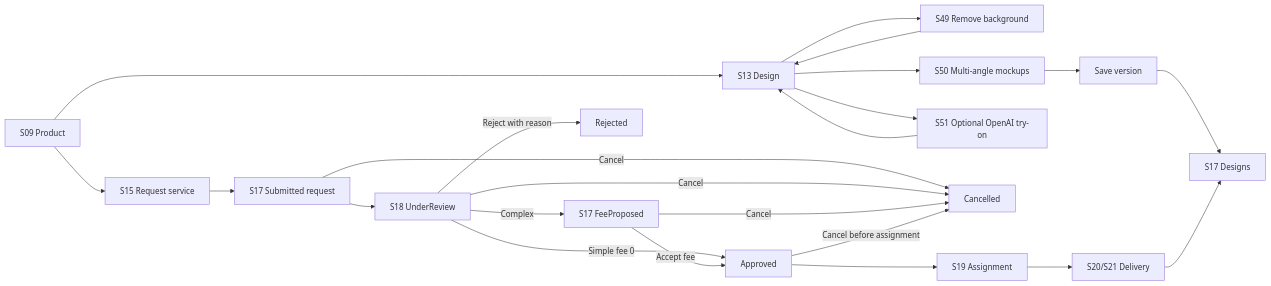
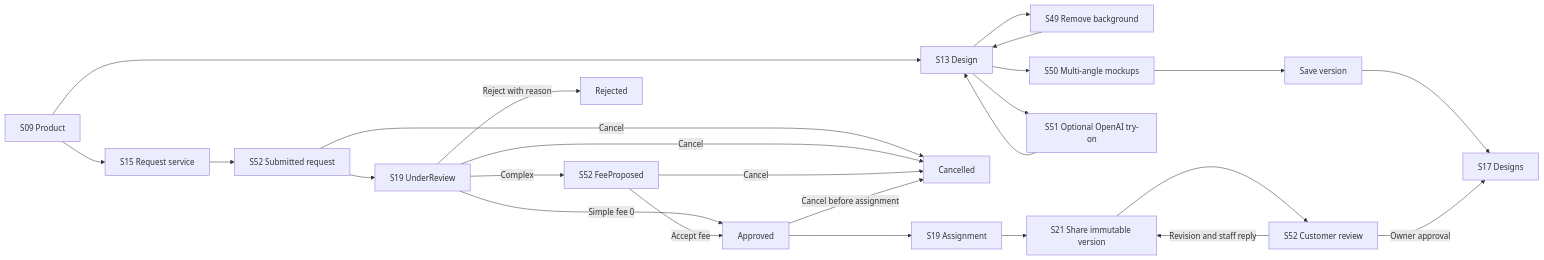
The first of 4 diagrams in docs/spec/specs/spec-MFG-05.md (ankhanhwork/weavelink-project), drawn with Mermaid before and after one commit. The commit also changed other lines of this file and 25 other files, not shown here.

````diff
--- a/docs/spec/specs/spec-MFG-05.md
+++ b/docs/spec/specs/spec-MFG-05.md
@@ -85,25 +87,27 @@
 ```mermaid
 flowchart LR
   Product[S09 Product] --> Workspace[S13 Design]
   Workspace --> Remove[S49 Remove background]
   Remove --> Workspace
   Workspace --> Preview[S50 Multi-angle mockups]
   Workspace --> TryOn[S51 Optional OpenAI try-on]
   TryOn --> Workspace
   Preview --> Save[Save version]
   Save --> Gallery[S17 Designs]
   Product --> Request[S15 Request service]
-  Request --> Status[S17 Submitted request]
-  Status --> Review[S18 UnderReview]
+  Request --> Status[S52 Submitted request]
+  Status --> Review[S19 UnderReview]
   Review -->|Simple fee 0| Approved[Approved]
-  Review -->|Complex| Proposal[S17 FeeProposed]
+  Review -->|Complex| Proposal[S52 FeeProposed]
   Proposal -->|Accept fee| Approved
   Review -->|Reject with reason| Rejected[Rejected]
   Status -->|Cancel| Cancelled[Cancelled]
   Review -->|Cancel| Cancelled
   Proposal -->|Cancel| Cancelled
   Approved -->|Cancel before assignment| Cancelled
   Approved --> Assign[S19 Assignment]
-  Assign --> Deliver[S20/S21 Delivery]
-  Deliver --> Gallery
+  Assign --> Deliver[S21 Share immutable version]
+  Deliver --> Feedback[S52 Customer review]
+  Feedback -->|Revision and staff reply| Deliver
+  Feedback -->|Owner approval| Gallery
 ```
````
